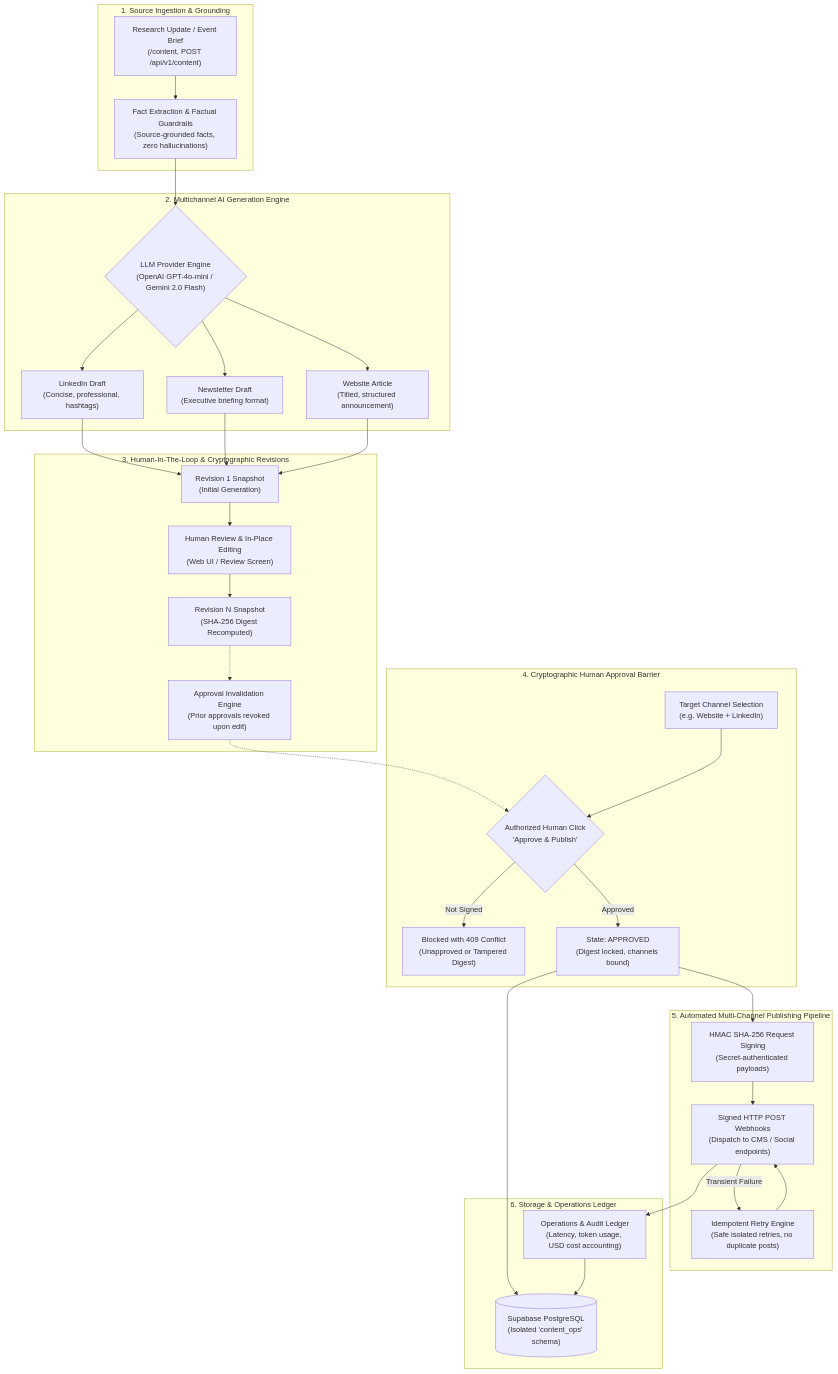
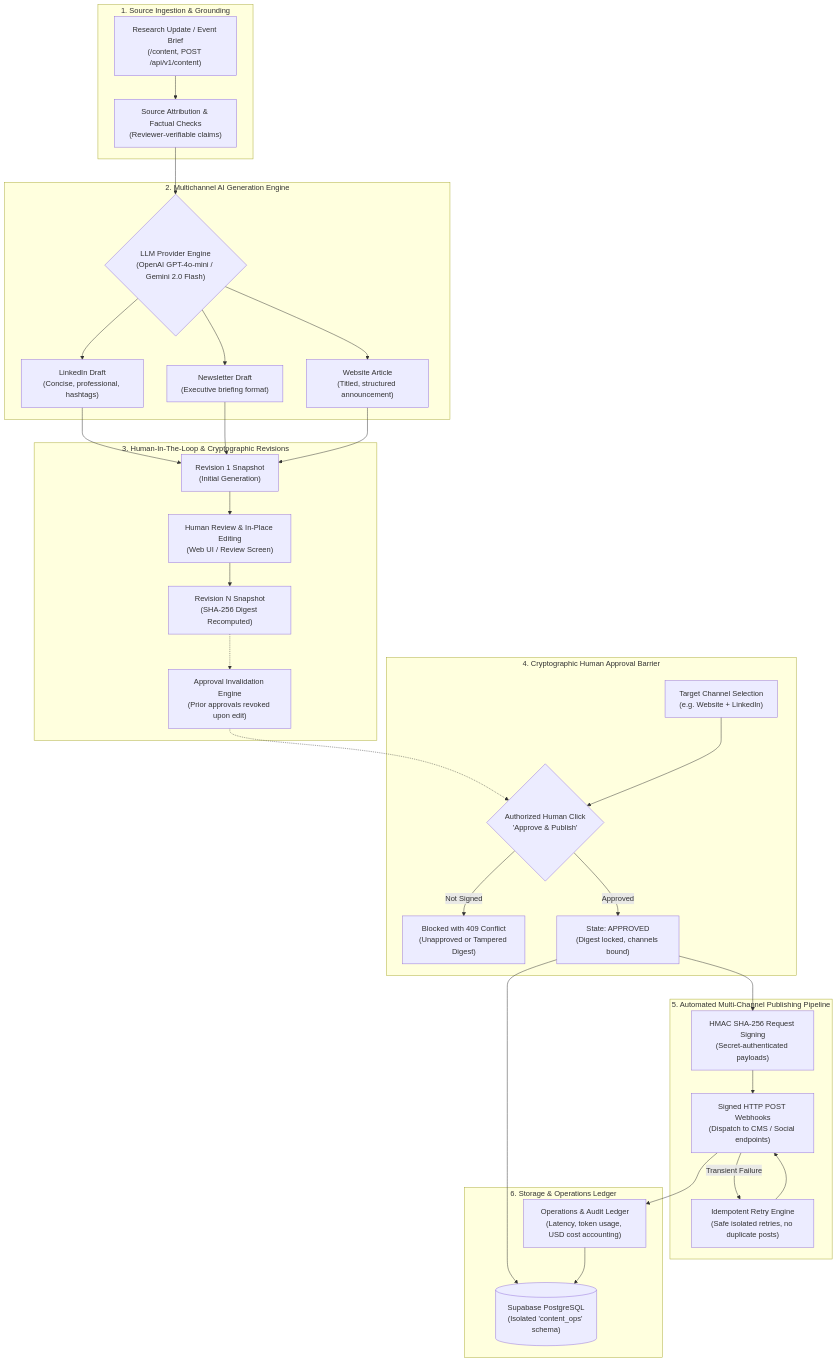
Before and after one commit to AhmedMagdi2003/Content-Agent: the diagram in README.md, drawn with Mermaid. The commit also changed other lines of this file and 10 other files, not shown here.

````diff
--- a/README.md
+++ b/README.md
@@ -9,56 +9,56 @@
 ```mermaid
 flowchart TD
     subgraph Ingestion["1. Source Ingestion & Grounding"]
         Brief["Research Update / Event Brief\n(/content, POST /api/v1/content)"]
-        FactExtract["Fact Extraction & Factual Guardrails\n(Source-grounded facts, zero hallucinations)"]
+        FactExtract["Source Attribution & Factual Checks\n(Reviewer-verifiable claims)"]
     end
 
     subgraph LLM["2. Multichannel AI Generation Engine"]
         Engine{"LLM Provider Engine\n(OpenAI GPT-4o-mini / Gemini 2.0 Flash)"}
         LinkedIn["LinkedIn Draft\n(Concise, professional, hashtags)"]
         Newsletter["Newsletter Draft\n(Executive briefing format)"]
         Website["Website Article\n(Titled, structured announcement)"]
     end
 
     subgraph Revision["3. Human-In-The-Loop & Cryptographic Revisions"]
         Rev1["Revision 1 Snapshot\n(Initial Generation)"]
         HumanEdit["Human Review & In-Place Editing\n(Web UI / Review Screen)"]
         Rev2["Revision N Snapshot\n(SHA-256 Digest Recomputed)"]
         Invalidate["Approval Invalidation Engine\n(Prior approvals revoked upon edit)"]
     end
 
     subgraph Gate["4. Cryptographic Human Approval Barrier"]
         ChannelSelect["Target Channel Selection\n(e.g. Website + LinkedIn)"]
         SignOff{"Authorized Human Click\n'Approve & Publish'"}
         Denied["Blocked with 409 Conflict\n(Unapproved or Tampered Digest)"]
         Approved["State: APPROVED\n(Digest locked, channels bound)"]
     end
 
     subgraph Publisher["5. Automated Multi-Channel Publishing Pipeline"]
         HMAC["HMAC SHA-256 Request Signing\n(Secret-authenticated payloads)"]
         HTTPPost["Signed HTTP POST Webhooks\n(Dispatch to CMS / Social endpoints)"]
         RetryQueue["Idempotent Retry Engine\n(Safe isolated retries, no duplicate posts)"]
     end
 
     subgraph Observability["6. Storage & Operations Ledger"]
         Postgres[("Supabase PostgreSQL\n(Isolated 'content_ops' schema)")]
         OpsLedger["Operations & Audit Ledger\n(Latency, token usage, USD cost accounting)"]
     end
 
     Brief --> FactExtract --> Engine
     Engine --> LinkedIn & Newsletter & Website
     LinkedIn & Newsletter & Website --> Rev1
 
     Rev1 --> HumanEdit --> Rev2
     Rev2 -.-> Invalidate -.-> SignOff
 
     ChannelSelect --> SignOff
     SignOff -- "Not Signed" --> Denied
     SignOff -- "Approved" --> Approved
 
     Approved --> HMAC --> HTTPPost
     HTTPPost -- "Transient Failure" --> RetryQueue --> HTTPPost
 
     Approved --> Postgres
     HTTPPost --> OpsLedger --> Postgres
 ```
````
